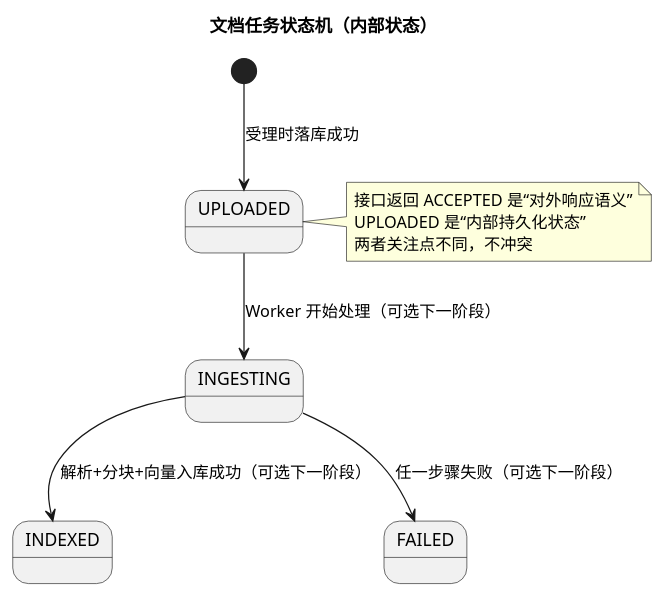
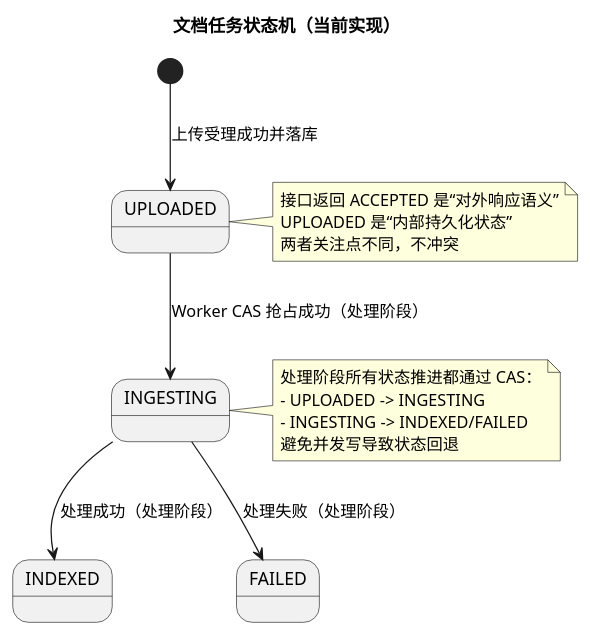
Before and after one commit to pop1414/my-AI: the diagram in docs/architecture/diagrams/ingest/ingest-acceptance-closure-state.puml, drawn with PlantUML. The commit also changed 19 other files, not shown here.

```diff
--- a/docs/architecture/diagrams/ingest/ingest-acceptance-closure-state.puml
+++ b/docs/architecture/diagrams/ingest/ingest-acceptance-closure-state.puml
@@ -1,15 +1,22 @@
 @startuml
-title 文档任务状态机（内部状态）
+title 文档任务状态机（当前实现）
 
-[*] --> UPLOADED : 受理时落库成功
-
-UPLOADED --> INGESTING : Worker 开始处理（可选下一阶段）
-INGESTING --> INDEXED : 解析+分块+向量入库成功（可选下一阶段）
-INGESTING --> FAILED : 任一步骤失败（可选下一阶段）
+[*] --> UPLOADED : 上传受理成功并落库
+UPLOADED --> INGESTING : Worker CAS 抢占成功（处理阶段）
+INGESTING --> INDEXED : 处理成功（处理阶段）
+INGESTING --> FAILED : 处理失败（处理阶段）
 
 note right of UPLOADED
 接口返回 ACCEPTED 是“对外响应语义”
 UPLOADED 是“内部持久化状态”
 两者关注点不同，不冲突
 end note
+
+note right of INGESTING
+处理阶段所有状态推进都通过 CAS：
+- UPLOADED -> INGESTING
+- INGESTING -> INDEXED/FAILED
+避免并发写导致状态回退
+end note
+
 @enduml
```
